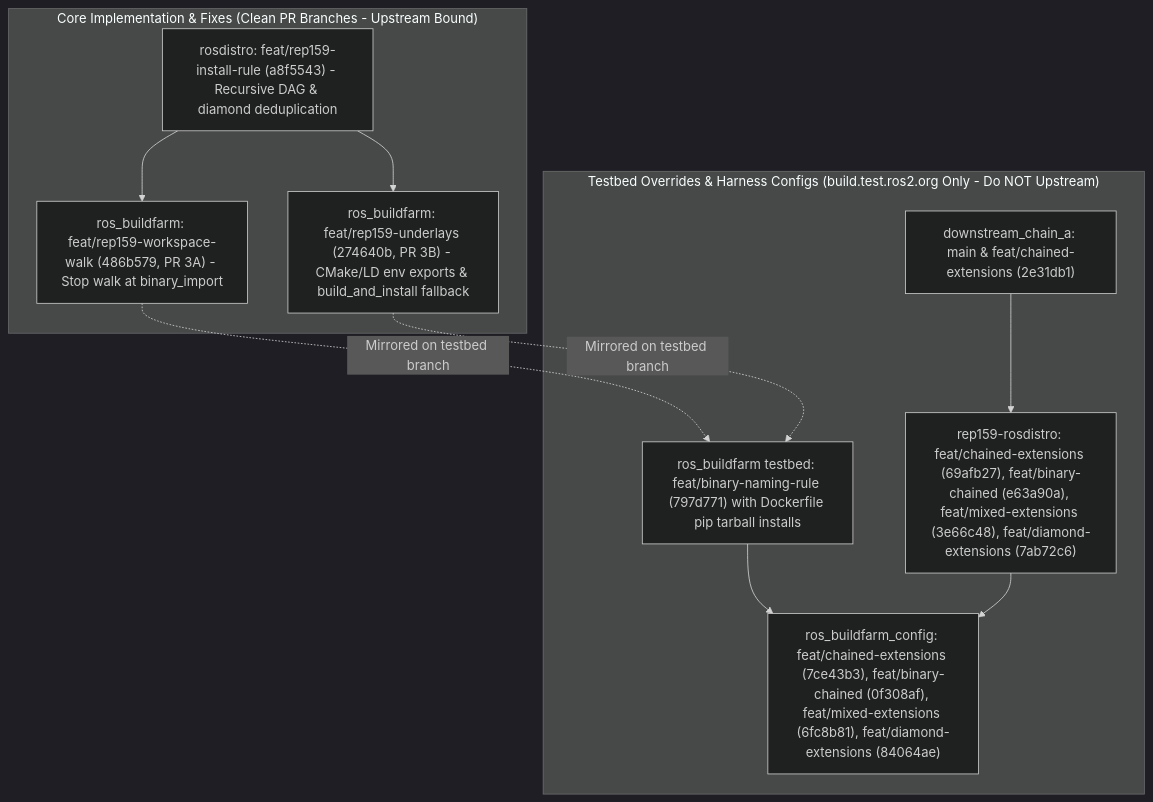
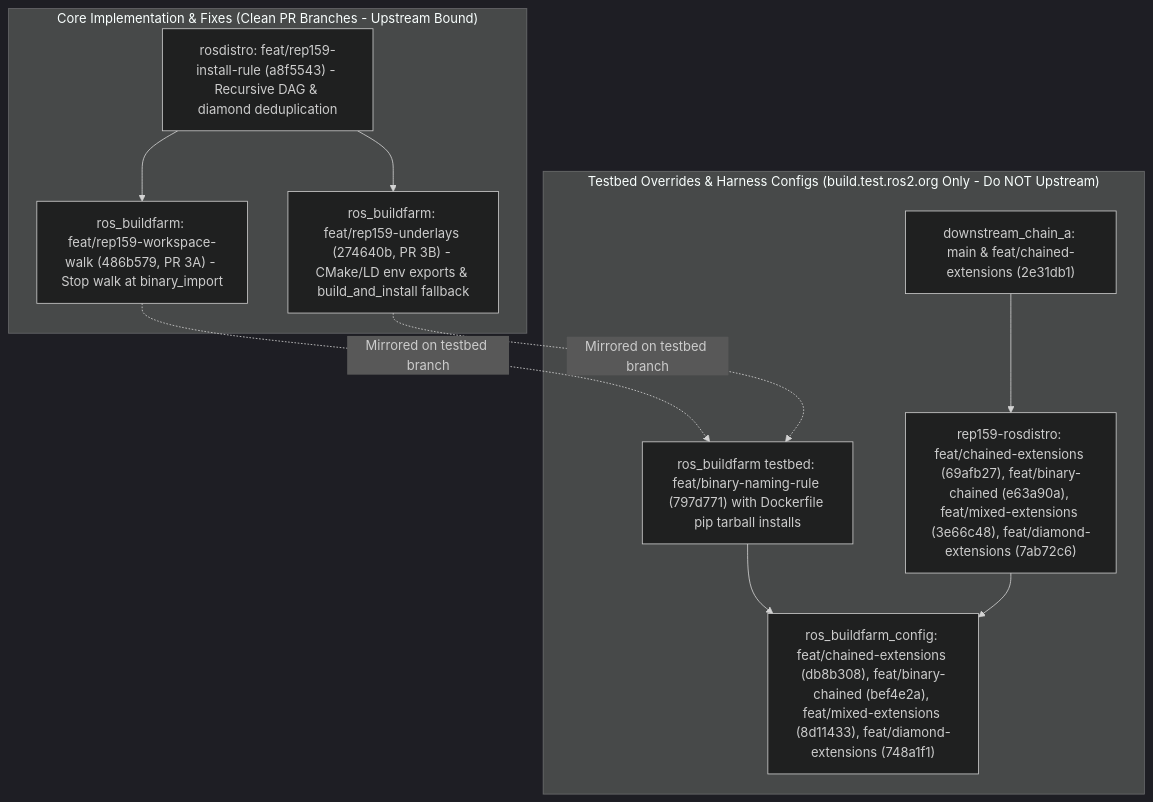
The diagram in roadmap/stage3_topological_extensions.md (KmoM88/rep159-testing), drawn with Mermaid (dark theme) before and after one commit. The commit also changed other lines of this file and 6 other files, not shown here.

Commit message:
docs: update ros_buildfarm_config SHAs and verified build.test.ros2.org runs

````diff
--- a/roadmap/stage3_topological_extensions.md
+++ b/roadmap/stage3_topological_extensions.md
@@ -22,25 +22,25 @@
 ```mermaid
 flowchart TD
     subgraph Core ["Core Implementation & Fixes (Clean PR Branches - Upstream Bound)"]
         RD3["rosdistro: feat/rep159-install-rule (a8f5543) - Recursive DAG & diamond deduplication"]
         BF_WALK3["ros_buildfarm: feat/rep159-workspace-walk (486b579, PR 3A) - Stop walk at binary_import"]
         BF_UND3["ros_buildfarm: feat/rep159-underlays (274640b, PR 3B) - CMake/LD env exports & build_and_install fallback"]
 
         RD3 --> BF_WALK3
         RD3 --> BF_UND3
     end
 
     subgraph Hacks ["Testbed Overrides & Harness Configs (build.test.ros2.org Only - Do NOT Upstream)"]
         BF_TEST3["ros_buildfarm testbed: feat/binary-naming-rule (797d771) with Dockerfile pip tarball installs"]
         DIST3["rep159-rosdistro: feat/chained-extensions (69afb27), feat/binary-chained (e63a90a), feat/mixed-extensions (3e66c48), feat/diamond-extensions (7ab72c6)"]
-        CFG3["ros_buildfarm_config: feat/chained-extensions (7ce43b3), feat/binary-chained (0f308af), feat/mixed-extensions (6fc8b81), feat/diamond-extensions (84064ae)"]
+        CFG3["ros_buildfarm_config: feat/chained-extensions (db8b308), feat/binary-chained (bef4e2a), feat/mixed-extensions (8d11433), feat/diamond-extensions (748a1f1)"]
         PKG3["downstream_chain_a: main & feat/chained-extensions (2e31db1)"]
 
         BF_TEST3 --> CFG3
         DIST3 --> CFG3
         PKG3 --> DIST3
     end
 
     BF_WALK3 -.->|"Mirrored on testbed branch"| BF_TEST3
     BF_UND3 -.->|"Mirrored on testbed branch"| BF_TEST3
 ```
````
